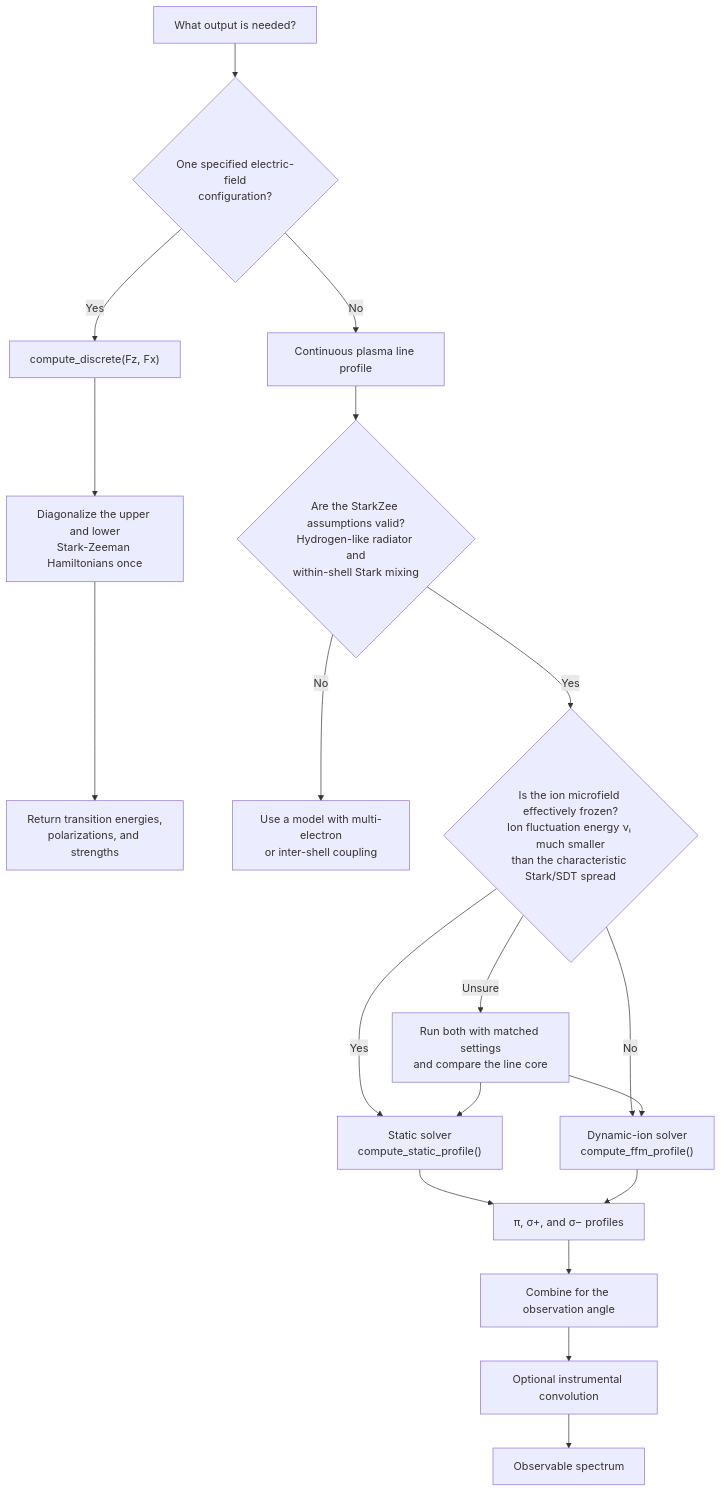
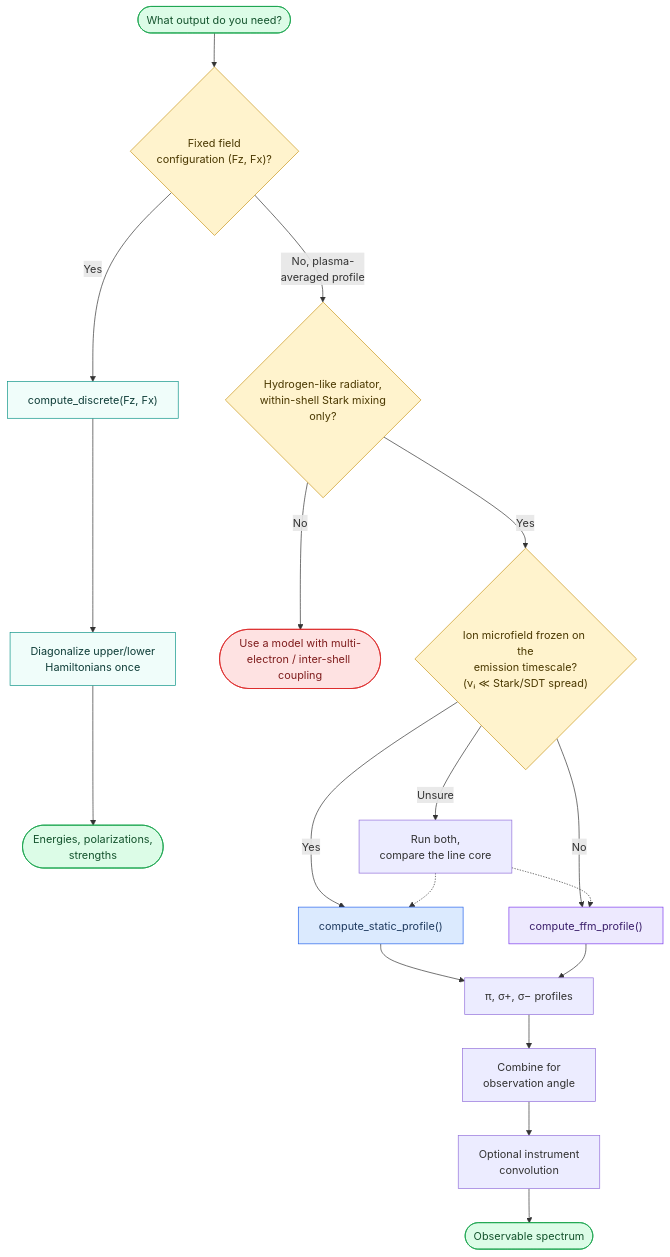
The diagram in docs/source/quickstart.rst (gronchi/StarkZee), drawn with Mermaid before and after one commit. The commit also changed 3 other files, not shown here.

First line of the commit message:
Self-host MathJax v3 and redesign the mermaid flowcharts

```diff
--- a/docs/source/quickstart.rst
+++ b/docs/source/quickstart.rst
@@ -21,25 +21,37 @@
 .. mermaid::
    :name: model-selection-flowchart
 
    flowchart TD
-       A["What output is needed?"] --> B{"One specified electric-field<br/>configuration?"}
+       A(["What output do you need?"]) --> B{"Fixed field<br/>configuration (Fz, Fx)?"}
+
        B -- Yes --> C["compute_discrete(Fz, Fx)"]
-       C --> D["Diagonalize the upper and lower<br/>Stark-Zeeman Hamiltonians once"]
-       D --> E["Return transition energies,<br/>polarizations, and strengths"]
+       C --> D["Diagonalize upper/lower<br/>Hamiltonians once"]
+       D --> E(["Energies, polarizations,<br/>strengths"])
 
-       B -- No --> F["Continuous plasma line profile"]
-       F --> G{"Are the StarkZee assumptions valid?<br/>Hydrogen-like radiator and<br/>within-shell Stark mixing"}
-       G -- No --> H["Use a model with multi-electron<br/>or inter-shell coupling"]
-       G -- Yes --> I{"Is the ion microfield effectively frozen?<br/>Ion fluctuation energy νᵢ much smaller<br/>than the characteristic Stark/SDT spread"}
+       B -- "No, plasma-<br/>averaged profile" --> G{"Hydrogen-like radiator,<br/>within-shell Stark mixing<br/>only?"}
+       G -- No --> H(["Use a model with multi-<br/>electron / inter-shell coupling"])
 
-       I -- Yes --> J["Static solver<br/>compute_static_profile()"]
-       I -- No --> K["Dynamic-ion solver<br/>compute_ffm_profile()"]
-       I -- Unsure --> L["Run both with matched settings<br/>and compare the line core"]
-       L --> J
-       L --> K
+       G -- Yes --> I{"Ion microfield frozen on the<br/>emission timescale?<br/>(νᵢ ≪ Stark/SDT spread)"}
+       I -- Yes --> J["compute_static_profile()"]
+       I -- No --> K["compute_ffm_profile()"]
+       I -- Unsure --> L["Run both,<br/>compare the line core"]
+       L -.-> J
+       L -.-> K
 
-       J --> M["π, σ+, and σ− profiles"]
+       J --> M["π, σ+, σ− profiles"]
        K --> M
-       M --> N["Combine for the observation angle"]
-       N --> O["Optional instrumental convolution"]
-       O --> P["Observable spectrum"]
+       M --> N["Combine for<br/>observation angle"] --> O["Optional instrument<br/>convolution"] --> P(["Observable spectrum"])
+
+       classDef decision fill:#fff3cd,stroke:#c9971d,color:#4a3800
+       classDef discreteNode fill:#f0fdfa,stroke:#0d9488,color:#0f3d38
+       classDef staticNode fill:#dbeafe,stroke:#2563eb,color:#1e3a5f
+       classDef ffmNode fill:#ede9fe,stroke:#7c3aed,color:#3b1f6b
+       classDef deadend fill:#fee2e2,stroke:#dc2626,color:#7f1d1d
+       classDef terminal fill:#dcfce7,stroke:#16a34a,color:#14532d
+
+       class B,G,I decision
+       class C,D discreteNode
+       class J staticNode
+       class K ffmNode
+       class H deadend
+       class A,E,P terminal
```
